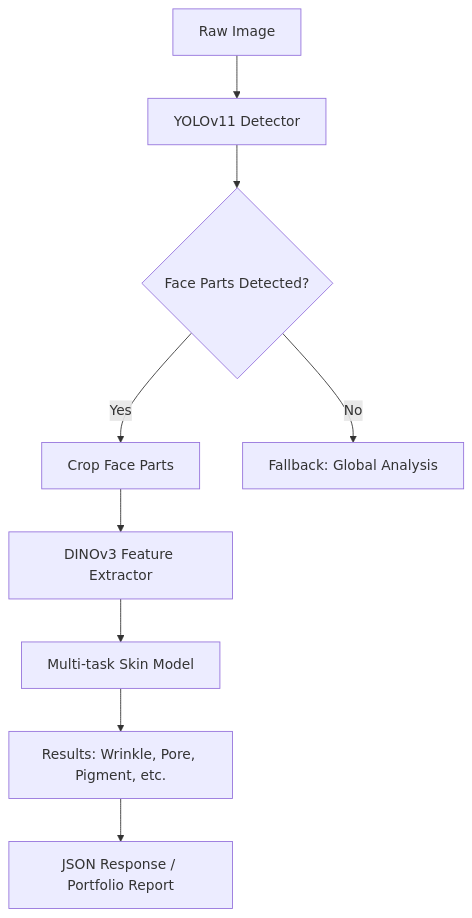
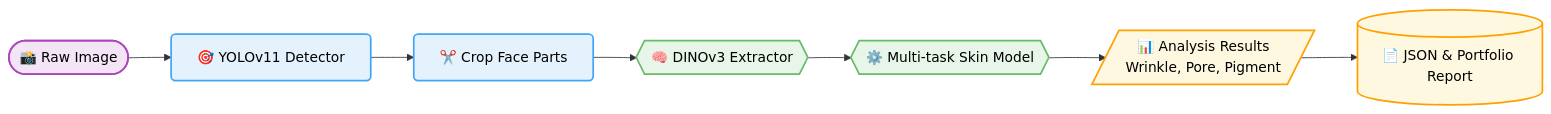
One commit to PiazzaSanPietro/deep-skin changed the diagram in README.md. Above: the diagram before and after it, drawn with Mermaid.

Commit message:
Update system architecture diagram style and layout

````diff
--- a/README.md
+++ b/README.md
@@ -39,11 +39,16 @@
 ```mermaid
-graph TD
-    A[Raw Image] --> B[YOLOv11 Detector]
-    B --> C{Face Parts Detected?}
-    C -- Yes --> D[Crop Face Parts]
-    C -- No --> E[Fallback: Global Analysis]
-    D --> F[DINOv3 Feature Extractor]
-    F --> G[Multi-task Skin Model]
-    G --> H[Results: Wrinkle, Pore, Pigment, etc.]
-    H --> I[JSON Response / Portfolio Report]
+graph LR
+    %% 스타일 정의 (색상 및 테두리)
+    classDef input fill:#f3e5f5,stroke:#ab47bc,stroke-width:2px,color:#000,rx:10px,ry:10px;
+    classDef process fill:#e3f2fd,stroke:#42a5f5,stroke-width:2px,color:#000,rx:5px,ry:5px;
+    classDef ai fill:#e8f5e9,stroke:#66bb6a,stroke-width:2px,color:#000;
+    classDef output fill:#fff8e1,stroke:#ffa000,stroke-width:2px,color:#000;
+
+    %% 노드 정의 및 연결
+    A([📸 Raw Image]):::input --> B[🎯 YOLOv11 Detector]:::process
+    B --> D[✂️ Crop Face Parts]:::process
+    D --> F{{🧠 DINOv3 Extractor}}:::ai
+    F --> G{{⚙️ Multi-task Skin Model}}:::ai
+    G --> H[/"📊 Analysis Results<br>Wrinkle, Pore, Pigment"/]:::output
+    H --> I[("📄 JSON & Portfolio Report")]:::output
 ```
````
